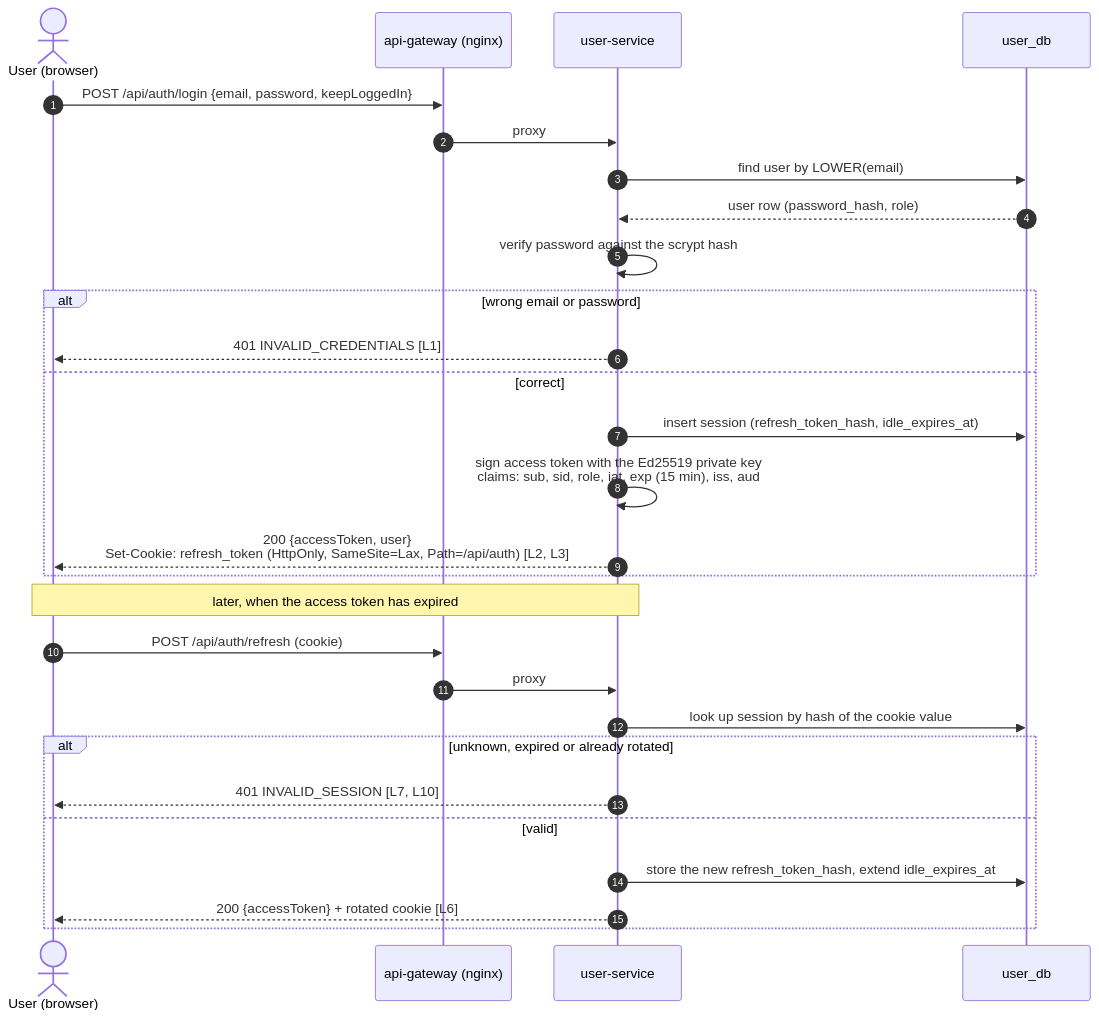
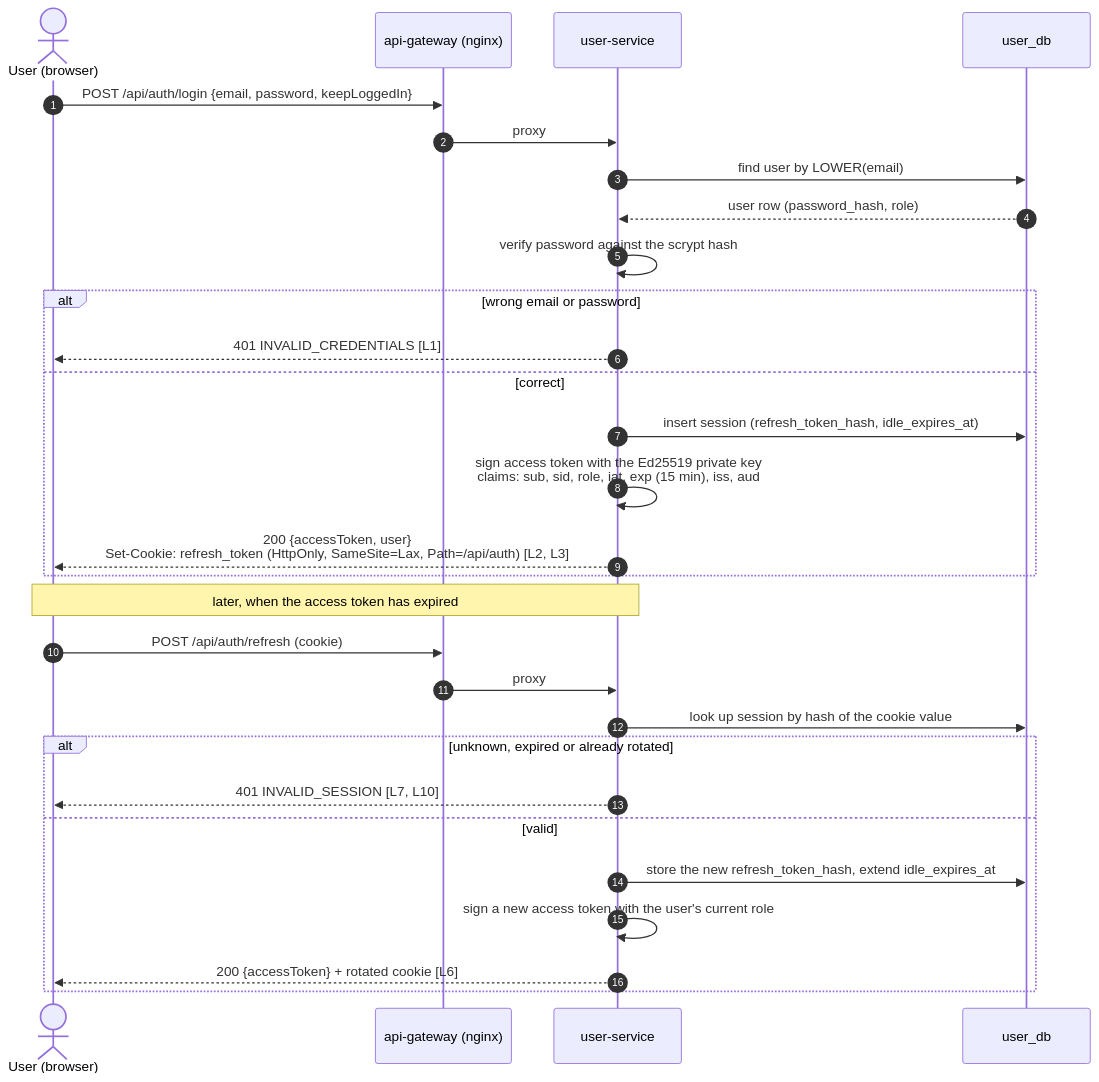
The first of 2 diagrams in docs/diagrams/auth-sequence.md (AY2627S1-CS3219-P25/friend-on-campus), drawn with Mermaid before and after one commit. The commit also changed other lines of this file and 15 other files, not shown here.

First line of the commit message:
docs: PlantUML twins for every diagram, legends, and post-#93 overview facts

````diff
--- a/docs/diagrams/auth-sequence.md
+++ b/docs/diagrams/auth-sequence.md
@@ -15,32 +24,33 @@
 ```mermaid
 sequenceDiagram
   autonumber
   actor U as User (browser)
   participant GW as api-gateway (nginx)
   participant US as user-service
   participant DB as user_db
 
   U->>GW: POST /api/auth/login {email, password, keepLoggedIn}
   GW->>US: proxy
   US->>DB: find user by LOWER(email)
   DB-->>US: user row (password_hash, role)
   US->>US: verify password against the scrypt hash
   alt wrong email or password
     US-->>U: 401 INVALID_CREDENTIALS [L1]
   else correct
     US->>DB: insert session (refresh_token_hash, idle_expires_at)
     US->>US: sign access token with the Ed25519 private key<br/>claims: sub, sid, role, iat, exp (15 min), iss, aud
     US-->>U: 200 {accessToken, user}<br/>Set-Cookie: refresh_token (HttpOnly, SameSite=Lax, Path=/api/auth) [L2, L3]
   end
 
   Note over U,US: later, when the access token has expired
   U->>GW: POST /api/auth/refresh (cookie)
   GW->>US: proxy
   US->>DB: look up session by hash of the cookie value
   alt unknown, expired or already rotated
     US-->>U: 401 INVALID_SESSION [L7, L10]
   else valid
     US->>DB: store the new refresh_token_hash, extend idle_expires_at
+    US->>US: sign a new access token with the user's current role
     US-->>U: 200 {accessToken} + rotated cookie [L6]
   end
 ```
````
